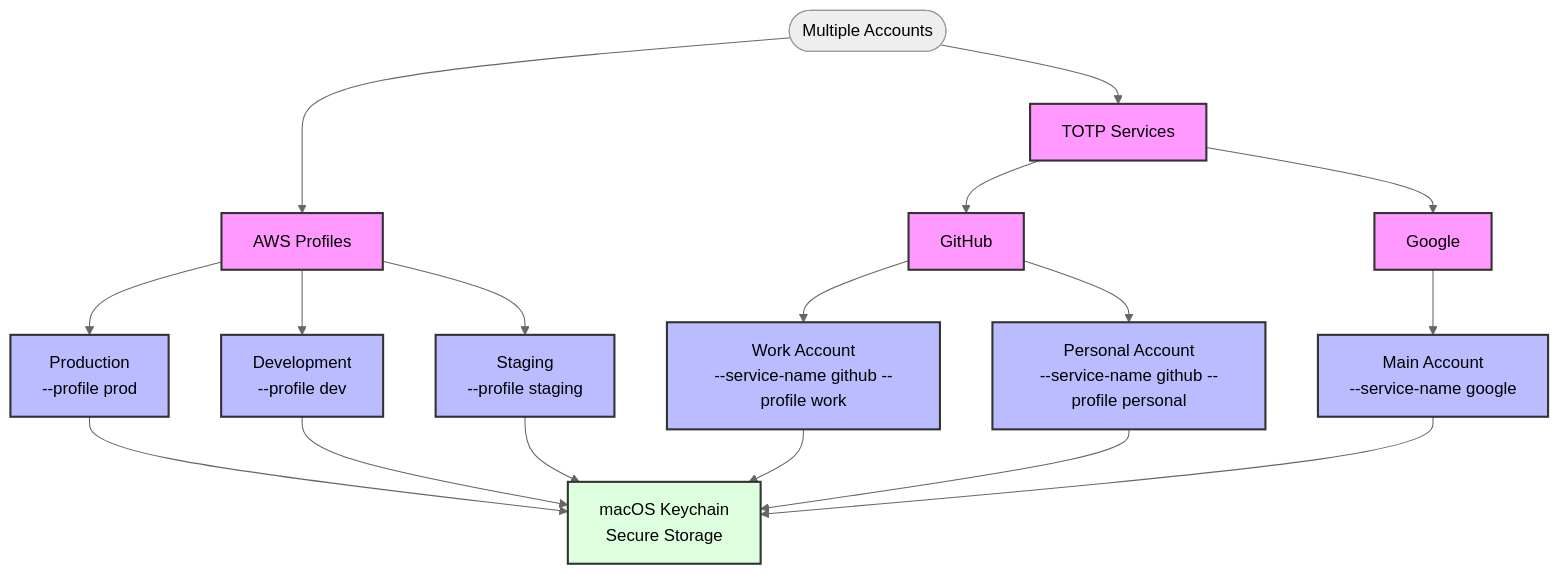
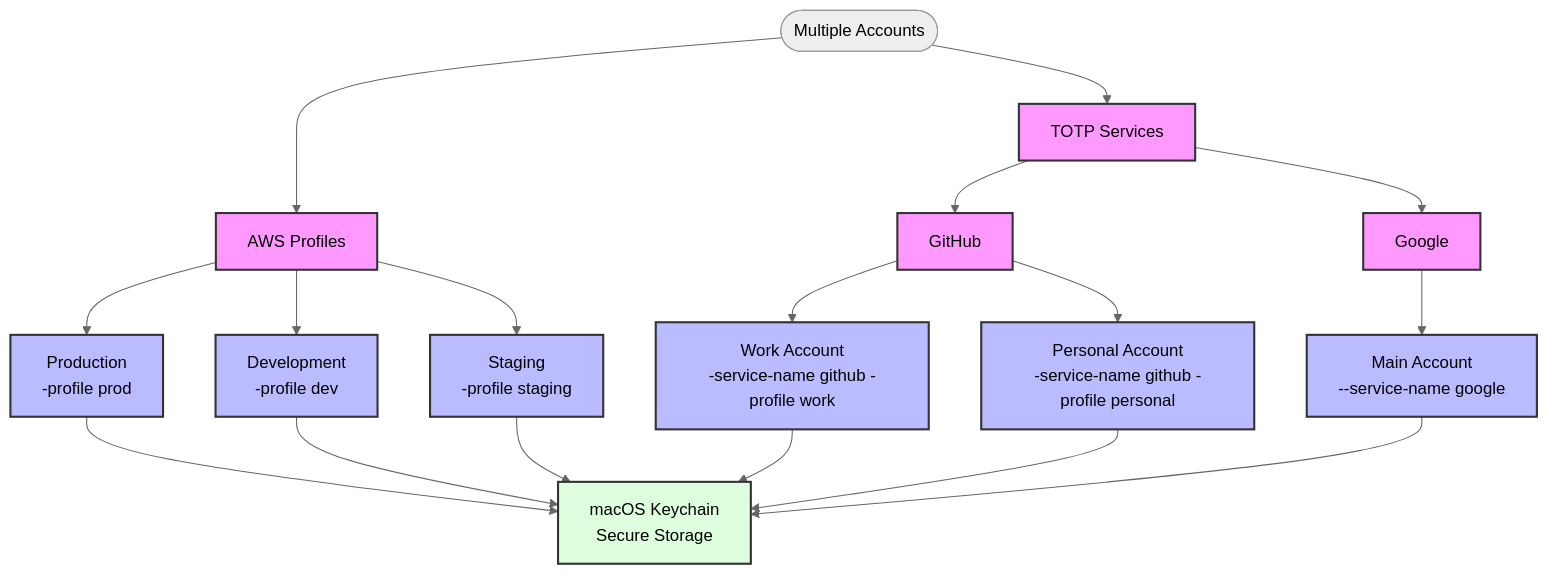
The second of 2 diagrams in docs/USAGE_AND_CONFIGURATION.md (bashhack/sesh), drawn with Mermaid before and after one commit. The commit also changed other lines of this file and 3 other files, not shown here.

````diff
--- a/docs/USAGE_AND_CONFIGURATION.md
+++ b/docs/USAGE_AND_CONFIGURATION.md
@@ -207,25 +207,25 @@
 ```mermaid
 %%{init: {'theme': 'neutral'}}%%
 flowchart TD
     classDef profile fill:#bbf,stroke:#333,stroke-width:2px
     classDef service fill:#f9f,stroke:#333,stroke-width:2px
     classDef keychain fill:#dfd,stroke:#333,stroke-width:2px
 
     Start([Multiple Accounts])
     
     Start --> AWS["AWS Profiles"]:::service
     Start --> TOTP["TOTP Services"]:::service
     
-    AWS --> AWSProd["Production<br>--profile prod"]:::profile
-    AWS --> AWSDev["Development<br>--profile dev"]:::profile
-    AWS --> AWSStaging["Staging<br>--profile staging"]:::profile
+    AWS --> AWSProd["Production<br>-profile prod"]:::profile
+    AWS --> AWSDev["Development<br>-profile dev"]:::profile
+    AWS --> AWSStaging["Staging<br>-profile staging"]:::profile
     
     TOTP --> GitHub["GitHub"]:::service
-    GitHub --> GHWork["Work Account<br>--service-name github --profile work"]:::profile
-    GitHub --> GHPersonal["Personal Account<br>--service-name github --profile personal"]:::profile
+    GitHub --> GHWork["Work Account<br>-service-name github -profile work"]:::profile
+    GitHub --> GHPersonal["Personal Account<br>-service-name github -profile personal"]:::profile
     
     TOTP --> Google["Google"]:::service
     Google --> GoogleMain["Main Account<br>--service-name google"]:::profile
     
     AWSProd & AWSDev & AWSStaging & GHWork & GHPersonal & GoogleMain --> KC["macOS Keychain<br>Secure Storage"]:::keychain
 ```
````
